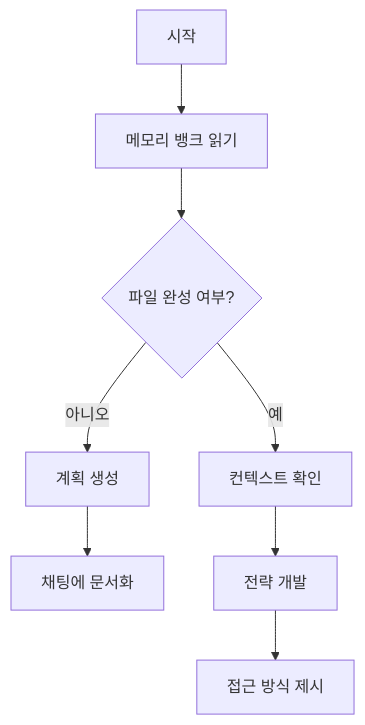
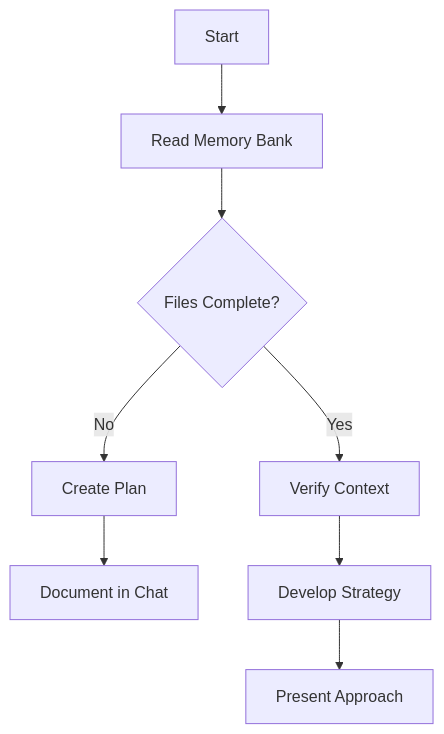
The second of 5 diagrams in README.md (kaerusapiens/kaeru-cline), drawn with Mermaid before and after one commit. The commit also changed other lines of this file, not shown here.

````diff
--- a/README.md
+++ b/README.md
@@ -70,12 +70,12 @@
 ```mermaid
 flowchart TD
-    Start[시작] --> ReadFiles[메모리 뱅크 읽기]
-    ReadFiles --> CheckFiles{파일 완성 여부?}
+    Start[Start] --> ReadFiles[Read Memory Bank]
+    ReadFiles --> CheckFiles{Files Complete?}
     
-    CheckFiles -->|아니오| Plan[계획 생성]
-    Plan --> Document[채팅에 문서화]
+    CheckFiles -->|No| Plan[Create Plan]
+    Plan --> Document[Document in Chat]
     
-    CheckFiles -->|예| Verify[컨텍스트 확인]
-    Verify --> Strategy[전략 개발]
-    Strategy --> Present[접근 방식 제시]
+    CheckFiles -->|Yes| Verify[Verify Context]
+    Verify --> Strategy[Develop Strategy]
+    Strategy --> Present[Present Approach]
 ```
````
